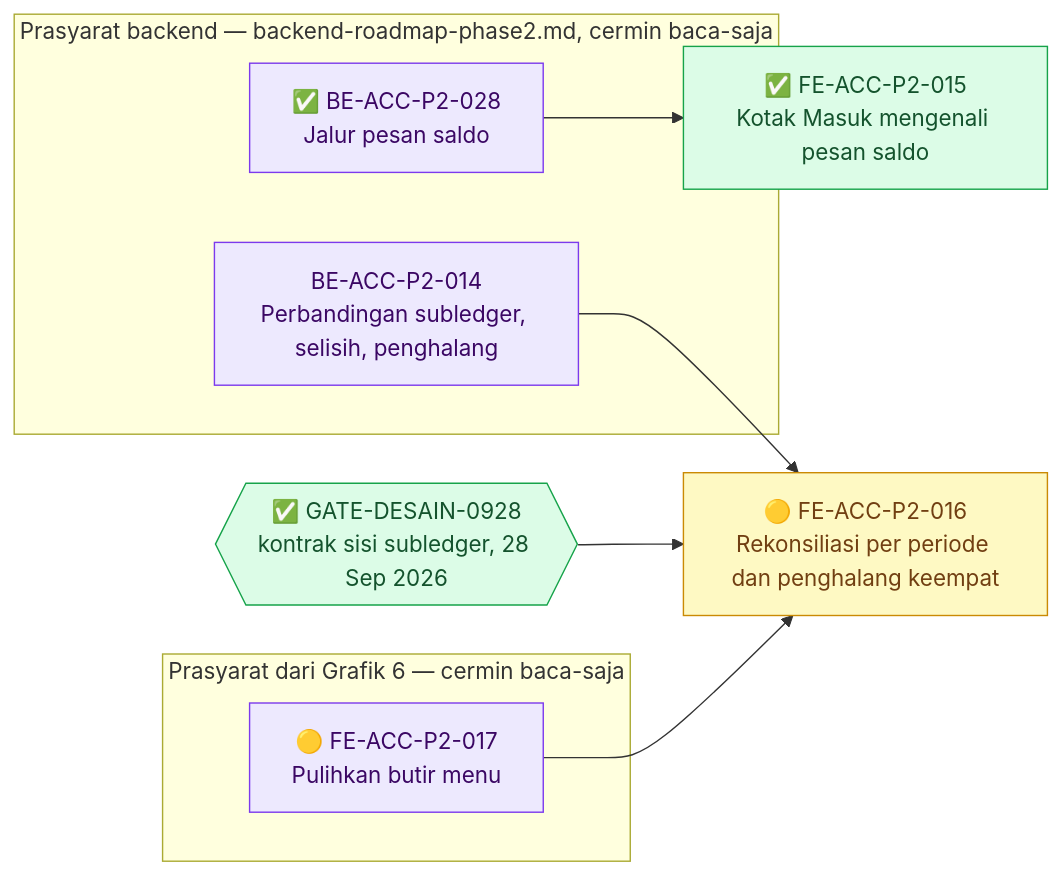
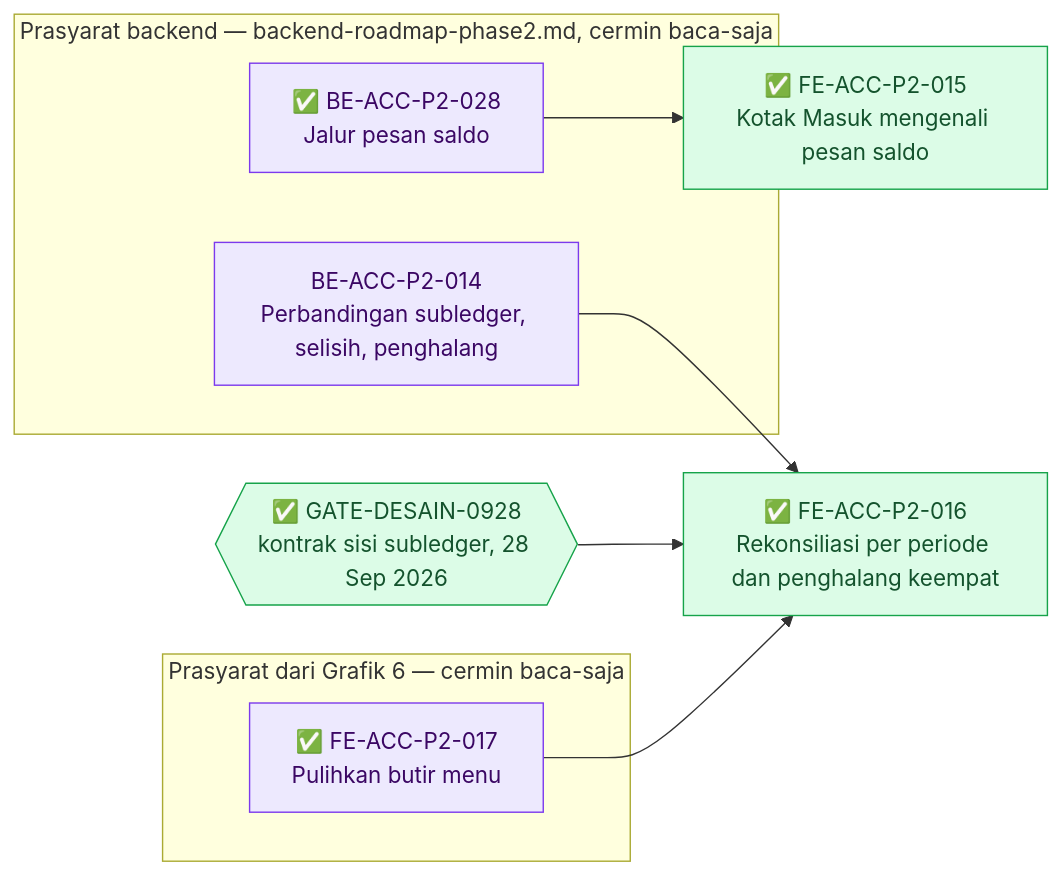
Before and after one commit to DevBenari/NewQuilvianSystemBackend: the sixth of 8 diagrams in docs/module-blueprints/accounting/roadmap/frontend-roadmap-phase2.md, drawn with Mermaid. The commit also changed other lines of this file and 34 other files, not shown here.

````diff
--- a/docs/module-blueprints/accounting/roadmap/frontend-roadmap-phase2.md
+++ b/docs/module-blueprints/accounting/roadmap/frontend-roadmap-phase2.md
@@ -579,26 +583,26 @@
 ```mermaid
 flowchart LR
     classDef selesai fill:#DCFCE7,stroke:#16A34A,color:#14532D
     classDef sebagian fill:#FEF9C3,stroke:#CA8A04,color:#713F12
     classDef terblokir fill:#FEE2E2,stroke:#DC2626,color:#7F1D1D
     classDef belum fill:#F1F5F9,stroke:#64748B,color:#0F172A
     classDef luar fill:#EDE9FE,stroke:#7C3AED,color:#3B0764
 
     subgraph backend["Prasyarat backend — backend-roadmap-phase2.md, cermin baca-saja"]
         BBEACCP2028["✅ BE-ACC-P2-028<br/>Jalur pesan saldo"]:::luar
         BBEACCP2014["BE-ACC-P2-014<br/>Perbandingan subledger, selisih, penghalang"]:::luar
     end
     subgraph fe7["Prasyarat dari Grafik 6 — cermin baca-saja"]
-        MFEACCP2017["🟡 FE-ACC-P2-017<br/>Pulihkan butir menu"]:::luar
+        MFEACCP2017["✅ FE-ACC-P2-017<br/>Pulihkan butir menu"]:::luar
     end
 
     GKONTRAK{{"✅ GATE-DESAIN-0928<br/>kontrak sisi subledger, 28 Sep 2026"}}:::selesai
 
     FEACCP2015["✅ FE-ACC-P2-015<br/>Kotak Masuk mengenali pesan saldo"]:::selesai
-    FEACCP2016["🟡 FE-ACC-P2-016<br/>Rekonsiliasi per periode dan penghalang keempat"]:::sebagian
+    FEACCP2016["✅ FE-ACC-P2-016<br/>Rekonsiliasi per periode dan penghalang keempat"]:::selesai
 
     BBEACCP2028 --> FEACCP2015
     BBEACCP2014 --> FEACCP2016
     GKONTRAK --> FEACCP2016
     MFEACCP2017 --> FEACCP2016
 ```
````
